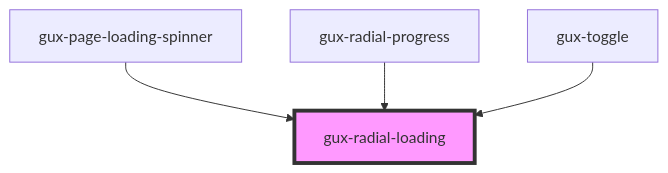
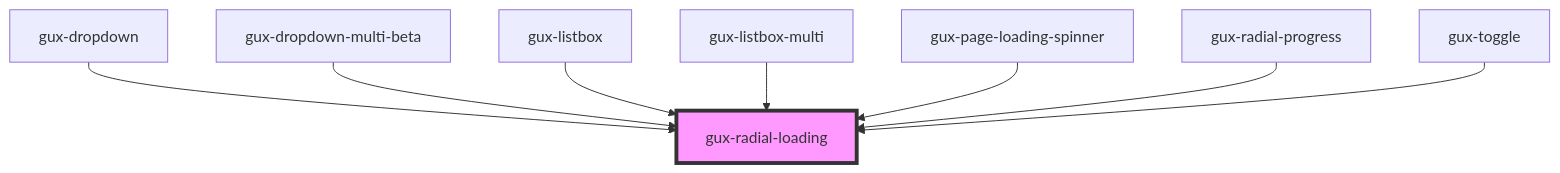
One commit to MyPureCloud/genesys-spark changed the diagram in src/components/stable/gux-radial-loading/readme.md. Above: the diagram before and after it, drawn with Mermaid. The commit also changed other lines of this file and 20 other files, not shown here.

First line of the commit message:
feat(dropdown): added loading state

````diff
--- a/src/components/stable/gux-radial-loading/readme.md
+++ b/src/components/stable/gux-radial-loading/readme.md
@@ -28,7 +32,11 @@
 ```mermaid
 graph TD;
+  gux-dropdown --> gux-radial-loading
+  gux-dropdown-multi-beta --> gux-radial-loading
+  gux-listbox --> gux-radial-loading
+  gux-listbox-multi --> gux-radial-loading
   gux-page-loading-spinner --> gux-radial-loading
   gux-radial-progress --> gux-radial-loading
   gux-toggle --> gux-radial-loading
   style gux-radial-loading fill:#f9f,stroke:#333,stroke-width:4px
 ```
````
